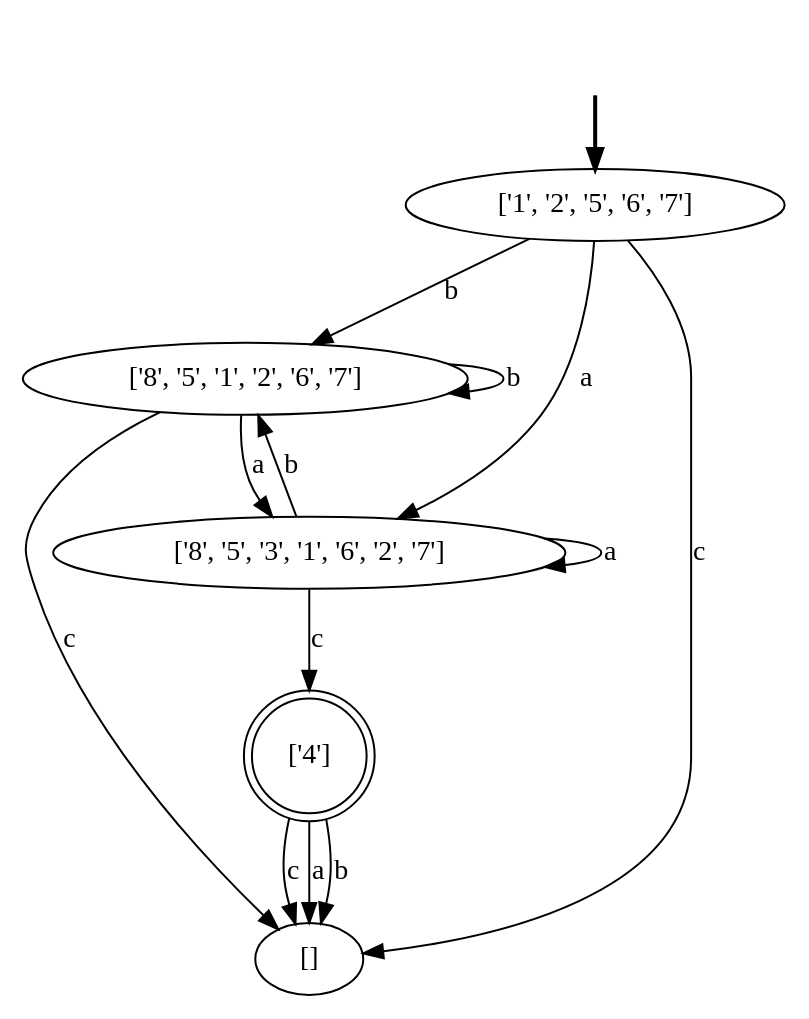
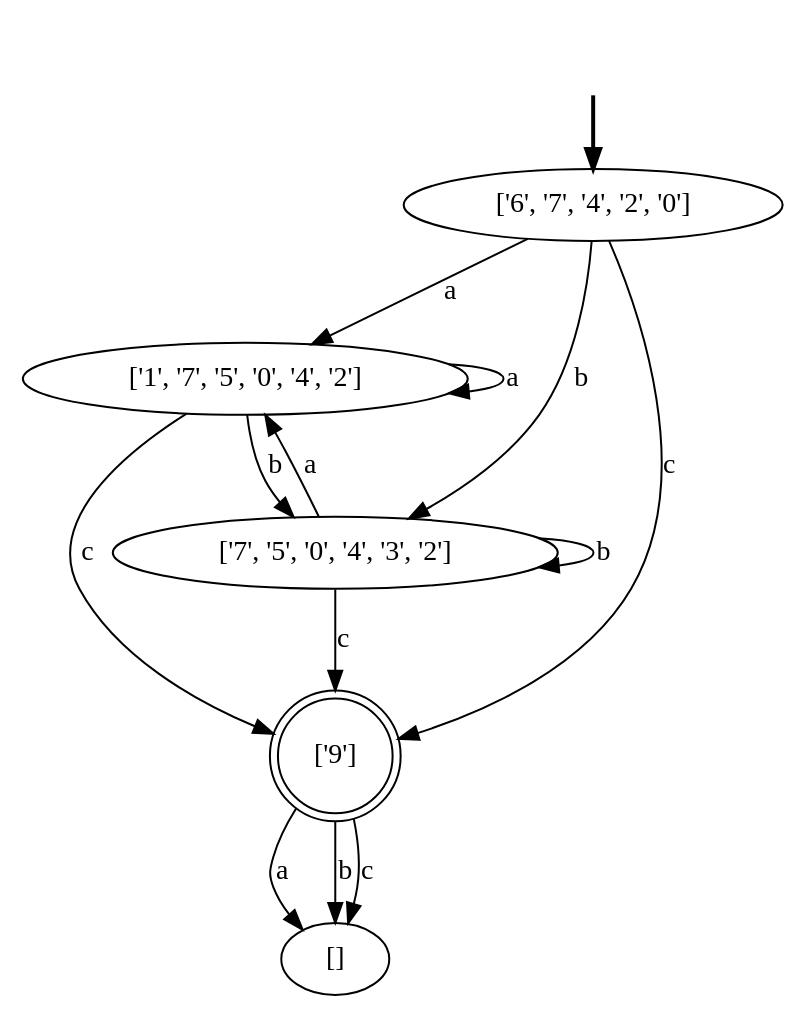
The diagram in dfa-output.dot (DPelagio/compiladores), drawn with Graphviz before and after one commit. The commit also changed 6 other files, not shown here.

```diff
--- a/dfa-output.dot
+++ b/dfa-output.dot
@@ -1,20 +1,20 @@
 digraph {
 	fake [style=invisible]
-	"['8', '5', '1', '2', '6', '7']"
-	"['8', '5', '3', '1', '6', '2', '7']"
-	"['4']" [shape=doublecircle]
-	"['1', '2', '5', '6', '7']" [root=true]
-	fake -> "['1', '2', '5', '6', '7']" [style=bold]
-	"['1', '2', '5', '6', '7']" -> "['8', '5', '3', '1', '6', '2', '7']" [label=a]
-	"['1', '2', '5', '6', '7']" -> "['8', '5', '1', '2', '6', '7']" [label=b]
-	"['1', '2', '5', '6', '7']" -> "[]" [label=c]
-	"['8', '5', '3', '1', '6', '2', '7']" -> "['8', '5', '3', '1', '6', '2', '7']" [label=a]
-	"['8', '5', '3', '1', '6', '2', '7']" -> "['8', '5', '1', '2', '6', '7']" [label=b]
-	"['8', '5', '3', '1', '6', '2', '7']" -> "['4']" [label=c]
-	"['8', '5', '1', '2', '6', '7']" -> "['8', '5', '3', '1', '6', '2', '7']" [label=a]
-	"['8', '5', '1', '2', '6', '7']" -> "['8', '5', '1', '2', '6', '7']" [label=b]
-	"['8', '5', '1', '2', '6', '7']" -> "[]" [label=c]
-	"['4']" -> "[]" [label=a]
-	"['4']" -> "[]" [label=b]
-	"['4']" -> "[]" [label=c]
+	"['1', '7', '5', '0', '4', '2']"
+	"['7', '5', '0', '4', '3', '2']"
+	"['6', '7', '4', '2', '0']" [root=true]
+	"['9']" [shape=doublecircle]
+	fake -> "['6', '7', '4', '2', '0']" [style=bold]
+	"['6', '7', '4', '2', '0']" -> "['1', '7', '5', '0', '4', '2']" [label=a]
+	"['6', '7', '4', '2', '0']" -> "['7', '5', '0', '4', '3', '2']" [label=b]
+	"['6', '7', '4', '2', '0']" -> "['9']" [label=c]
+	"['1', '7', '5', '0', '4', '2']" -> "['1', '7', '5', '0', '4', '2']" [label=a]
+	"['1', '7', '5', '0', '4', '2']" -> "['7', '5', '0', '4', '3', '2']" [label=b]
+	"['1', '7', '5', '0', '4', '2']" -> "['9']" [label=c]
+	"['7', '5', '0', '4', '3', '2']" -> "['1', '7', '5', '0', '4', '2']" [label=a]
+	"['7', '5', '0', '4', '3', '2']" -> "['7', '5', '0', '4', '3', '2']" [label=b]
+	"['7', '5', '0', '4', '3', '2']" -> "['9']" [label=c]
+	"['9']" -> "[]" [label=a]
+	"['9']" -> "[]" [label=b]
+	"['9']" -> "[]" [label=c]
 }
```
